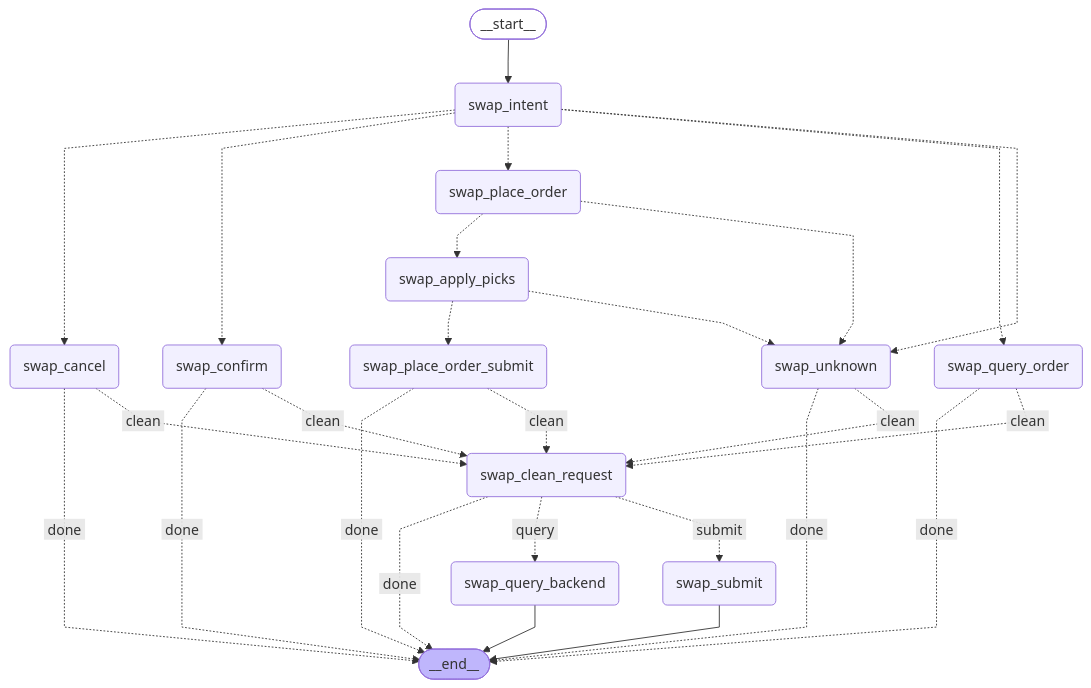
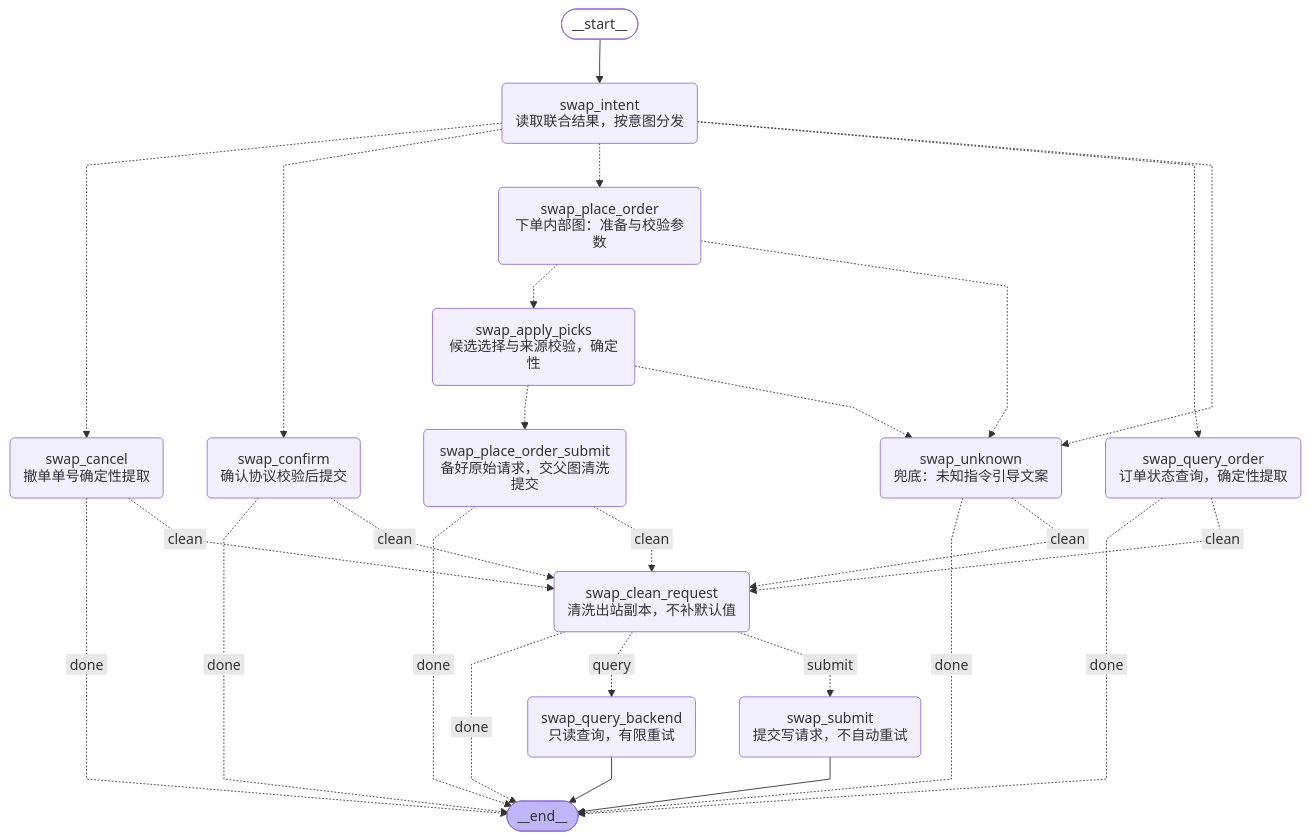
Before and after one commit to HXLoong/aigc-langgraph-main: the diagram in docs/architecture/swap-graph-flow.md, drawn with Mermaid. The commit also changed 17 other files, not shown here.

````diff
--- a/docs/architecture/swap-graph-flow.md
+++ b/docs/architecture/swap-graph-flow.md
@@ -7,49 +7,49 @@
 ```mermaid
 ---
 config:
   flowchart:
     curve: linear
 ---
 graph TD;
 	__start__([<p>__start__</p>]):::first
-	swap_intent(swap_intent)
-	swap_place_order(swap_place_order)
-	swap_apply_picks(swap_apply_picks)
-	swap_place_order_submit(swap_place_order_submit)
-	swap_confirm(swap_confirm)
-	swap_cancel(swap_cancel)
-	swap_query_order(swap_query_order)
-	swap_unknown(swap_unknown)
-	swap_clean_request(swap_clean_request)
-	swap_submit(swap_submit)
-	swap_query_backend(swap_query_backend)
+	swap_intent(swap_intent<br/>读取联合结果，按意图分发)
+	swap_place_order(swap_place_order<br/>下单内部图：准备与校验参数)
+	swap_apply_picks(swap_apply_picks<br/>候选选择与来源校验，确定性)
+	swap_place_order_submit(swap_place_order_submit<br/>备好原始请求，交父图清洗提交)
+	swap_confirm(swap_confirm<br/>确认协议校验后提交)
+	swap_cancel(swap_cancel<br/>撤单单号确定性提取)
+	swap_query_order(swap_query_order<br/>订单状态查询，确定性提取)
+	swap_unknown(swap_unknown<br/>兜底：未知指令引导文案)
+	swap_clean_request(swap_clean_request<br/>清洗出站副本，不补默认值)
+	swap_submit(swap_submit<br/>提交写请求，不自动重试)
+	swap_query_backend(swap_query_backend<br/>只读查询，有限重试)
 	__end__([<p>__end__</p>]):::last
 	__start__ --> swap_intent;
 	swap_apply_picks -.-> swap_place_order_submit;
 	swap_apply_picks -.-> swap_unknown;
 	swap_cancel -. &nbsp;done&nbsp; .-> __end__;
 	swap_cancel -. &nbsp;clean&nbsp; .-> swap_clean_request;
 	swap_clean_request -. &nbsp;done&nbsp; .-> __end__;
 	swap_clean_request -. &nbsp;query&nbsp; .-> swap_query_backend;
 	swap_clean_request -. &nbsp;submit&nbsp; .-> swap_submit;
 	swap_confirm -. &nbsp;done&nbsp; .-> __end__;
 	swap_confirm -. &nbsp;clean&nbsp; .-> swap_clean_request;
 	swap_intent -.-> swap_cancel;
 	swap_intent -.-> swap_confirm;
 	swap_intent -.-> swap_place_order;
 	swap_intent -.-> swap_query_order;
 	swap_intent -.-> swap_unknown;
 	swap_place_order -.-> swap_apply_picks;
 	swap_place_order -.-> swap_unknown;
 	swap_place_order_submit -. &nbsp;done&nbsp; .-> __end__;
 	swap_place_order_submit -. &nbsp;clean&nbsp; .-> swap_clean_request;
 	swap_query_order -. &nbsp;done&nbsp; .-> __end__;
 	swap_query_order -. &nbsp;clean&nbsp; .-> swap_clean_request;
 	swap_unknown -. &nbsp;done&nbsp; .-> __end__;
 	swap_unknown -. &nbsp;clean&nbsp; .-> swap_clean_request;
 	swap_query_backend --> __end__;
 	swap_submit --> __end__;
 	classDef default fill:#f2f0ff,line-height:1.2
 	classDef first fill-opacity:0
 	classDef last fill:#bfb6fc
 ```
````
